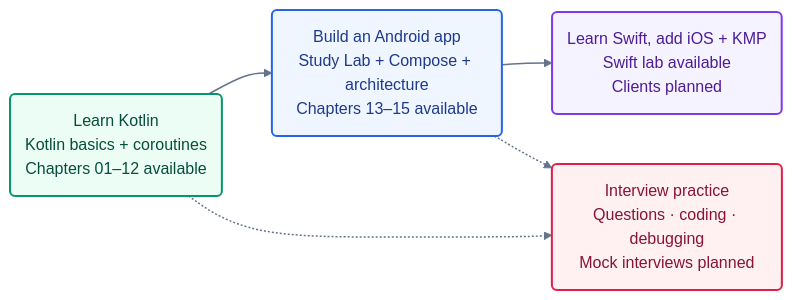
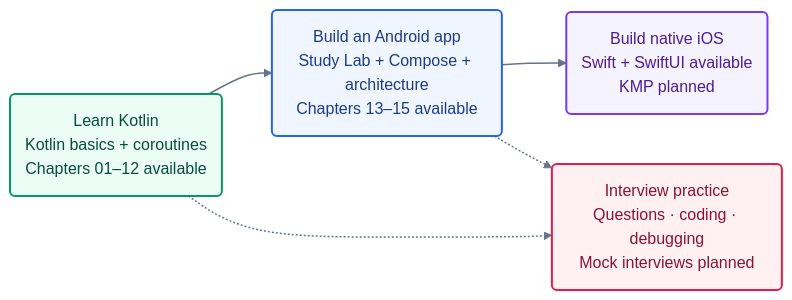
One commit to roshanevala/Kotlin-101-The-Mobile-Workshop changed the diagram in README.md. Above: the diagram before and after it, drawn with Mermaid. The commit also changed other lines of this file and 31 other files, not shown here.

````diff
--- a/README.md
+++ b/README.md
@@ -11,20 +11,20 @@
 ```mermaid
 flowchart LR
     accTitle: From Kotlin basics to a mobile app and interview practice
     accDescr: Start with the available Kotlin lessons. Build an Android app, then add iOS and shared Kotlin logic in planned stages. Practise lesson questions and debugging along the way; dedicated coding challenges and mock interviews are planned.
 
     K("Learn Kotlin<br/>Kotlin basics + coroutines<br/>Chapters 01–12 available"):::basics
     A("Build an Android app<br/>Study Lab + Compose + architecture<br/>Chapters 13–15 available"):::android
-    M("Learn Swift, add iOS + KMP<br/>Swift lab available<br/>Clients planned"):::multiplatform
+    M("Build native iOS<br/>Swift + SwiftUI available<br/>KMP planned"):::multiplatform
     I("Interview practice<br/>Questions · coding · debugging<br/>Mock interviews planned"):::interview
 
     K --> A --> M
     K -.-> I
     A -.-> I
 
     classDef basics fill:#ecfdf5,stroke:#059669,color:#064e3b,stroke-width:2px
     classDef android fill:#eff6ff,stroke:#2563eb,color:#1e3a8a,stroke-width:2px
     classDef multiplatform fill:#f5f3ff,stroke:#7c3aed,color:#4c1d95,stroke-width:2px
     classDef interview fill:#fff1f2,stroke:#e11d48,color:#881337,stroke-width:2px
     linkStyle default stroke:#64748b,stroke-width:1.5px
 ```
````
